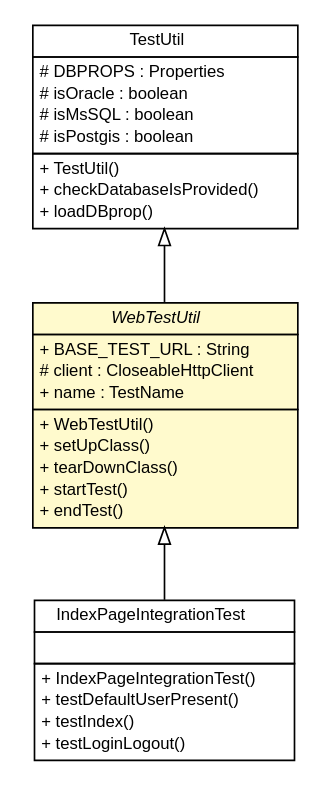
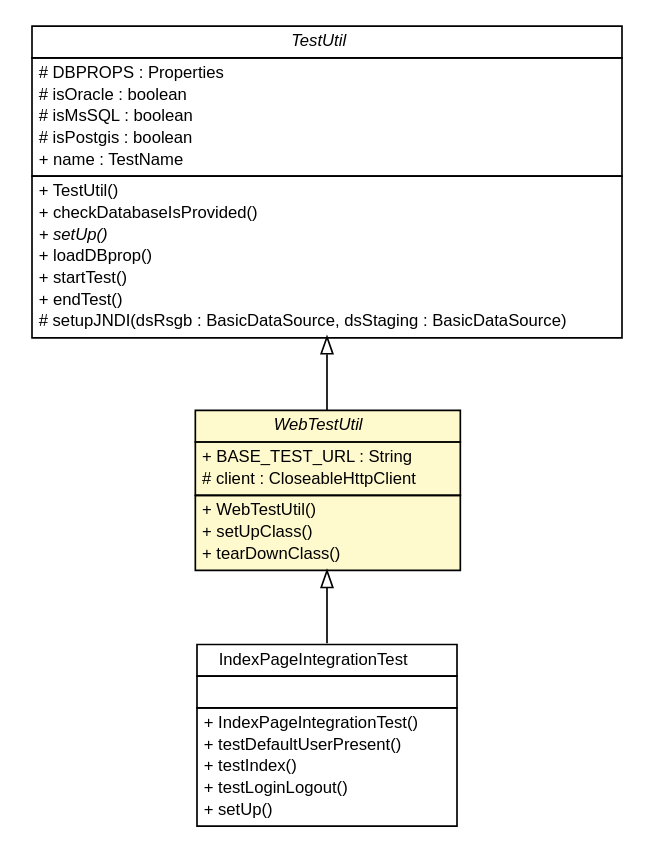
Before and after one commit to B3Partners/brmo: the diagram in brmo-service/testapidocs/nl/b3p/web/WebTestUtil.dot, drawn with Graphviz. The commit also changed 225 other files, not shown here.

```diff
--- a/brmo-service/testapidocs/nl/b3p/web/WebTestUtil.dot
+++ b/brmo-service/testapidocs/nl/b3p/web/WebTestUtil.dot
@@ -1,66 +1,69 @@
 #!/usr/local/bin/dot
 #
 # Class diagram 
 # Generated by UMLGraph version R5_6-24-gf6e263 (http://www.umlgraph.org/)
 #
 
 digraph G {
 	edge [fontname="Helvetica",fontsize=10,labelfontname="Helvetica",labelfontsize=10];
 	node [fontname="Helvetica",fontsize=10,shape=plaintext];
 	nodesep=0.25;
 	ranksep=0.5;
 	// nl.b3p.web.IndexPageIntegrationTest
 	c61 [label=<<table title="nl.b3p.web.IndexPageIntegrationTest" border="0" cellborder="1" cellspacing="0" cellpadding="2" port="p" href="./IndexPageIntegrationTest.html">
 		<tr><td><table border="0" cellspacing="0" cellpadding="1">
 <tr><td align="center" balign="center"> IndexPageIntegrationTest </td></tr>
 		</table></td></tr>
 		<tr><td><table border="0" cellspacing="0" cellpadding="1">
 <tr><td align="left" balign="left">  </td></tr>
 		</table></td></tr>
 		<tr><td><table border="0" cellspacing="0" cellpadding="1">
 <tr><td align="left" balign="left"> + IndexPageIntegrationTest() </td></tr>
 <tr><td align="left" balign="left"> + testDefaultUserPresent() </td></tr>
 <tr><td align="left" balign="left"> + testIndex() </td></tr>
 <tr><td align="left" balign="left"> + testLoginLogout() </td></tr>
+<tr><td align="left" balign="left"> + setUp() </td></tr>
 		</table></td></tr>
 		</table>>, URL="./IndexPageIntegrationTest.html", fontname="Helvetica", fontcolor="black", fontsize=10.0];
 	// nl.b3p.web.WebTestUtil
 	c62 [label=<<table title="nl.b3p.web.WebTestUtil" border="0" cellborder="1" cellspacing="0" cellpadding="2" port="p" bgcolor="lemonChiffon" href="./WebTestUtil.html">
 		<tr><td><table border="0" cellspacing="0" cellpadding="1">
 <tr><td align="center" balign="center"><font face="Helvetica-Oblique"> WebTestUtil </font></td></tr>
 		</table></td></tr>
 		<tr><td><table border="0" cellspacing="0" cellpadding="1">
 <tr><td align="left" balign="left"> + BASE_TEST_URL : String </td></tr>
 <tr><td align="left" balign="left"> # client : CloseableHttpClient </td></tr>
-<tr><td align="left" balign="left"> + name : TestName </td></tr>
 		</table></td></tr>
 		<tr><td><table border="0" cellspacing="0" cellpadding="1">
 <tr><td align="left" balign="left"> + WebTestUtil() </td></tr>
 <tr><td align="left" balign="left"> + setUpClass() </td></tr>
 <tr><td align="left" balign="left"> + tearDownClass() </td></tr>
-<tr><td align="left" balign="left"> + startTest() </td></tr>
-<tr><td align="left" balign="left"> + endTest() </td></tr>
 		</table></td></tr>
 		</table>>, URL="./WebTestUtil.html", fontname="Helvetica", fontcolor="black", fontsize=10.0];
 	// nl.b3p.brmo.service.testutil.TestUtil
 	c65 [label=<<table title="nl.b3p.brmo.service.testutil.TestUtil" border="0" cellborder="1" cellspacing="0" cellpadding="2" port="p" href="../brmo/service/testutil/TestUtil.html">
 		<tr><td><table border="0" cellspacing="0" cellpadding="1">
-<tr><td align="center" balign="center"> TestUtil </td></tr>
+<tr><td align="center" balign="center"><font face="Helvetica-Oblique"> TestUtil </font></td></tr>
 		</table></td></tr>
 		<tr><td><table border="0" cellspacing="0" cellpadding="1">
 <tr><td align="left" balign="left"> # DBPROPS : Properties </td></tr>
 <tr><td align="left" balign="left"> # isOracle : boolean </td></tr>
 <tr><td align="left" balign="left"> # isMsSQL : boolean </td></tr>
 <tr><td align="left" balign="left"> # isPostgis : boolean </td></tr>
+<tr><td align="left" balign="left"> + name : TestName </td></tr>
 		</table></td></tr>
 		<tr><td><table border="0" cellspacing="0" cellpadding="1">
 <tr><td align="left" balign="left"> + TestUtil() </td></tr>
 <tr><td align="left" balign="left"> + checkDatabaseIsProvided() </td></tr>
+<tr><td align="left" balign="left"><font face="Helvetica-Oblique" point-size="10.0"> + setUp() </font></td></tr>
 <tr><td align="left" balign="left"> + loadDBprop() </td></tr>
+<tr><td align="left" balign="left"> + startTest() </td></tr>
+<tr><td align="left" balign="left"> + endTest() </td></tr>
+<tr><td align="left" balign="left"> # setupJNDI(dsRsgb : BasicDataSource, dsStaging : BasicDataSource) </td></tr>
 		</table></td></tr>
 		</table>>, URL="../brmo/service/testutil/TestUtil.html", fontname="Helvetica", fontcolor="black", fontsize=10.0];
 	//nl.b3p.web.IndexPageIntegrationTest extends nl.b3p.web.WebTestUtil
 	c62:p -> c61:p [dir=back,arrowtail=empty];
 	//nl.b3p.web.WebTestUtil extends nl.b3p.brmo.service.testutil.TestUtil
 	c65:p -> c62:p [dir=back,arrowtail=empty];
 }
```
